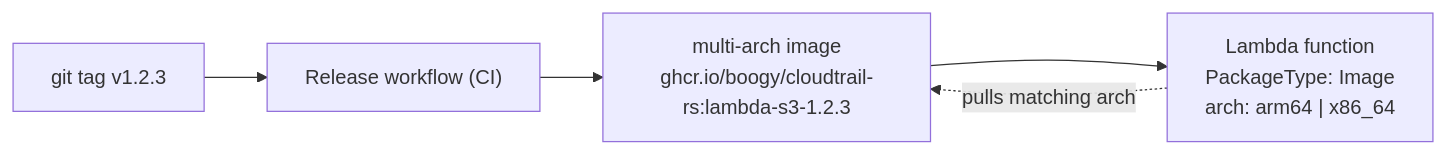
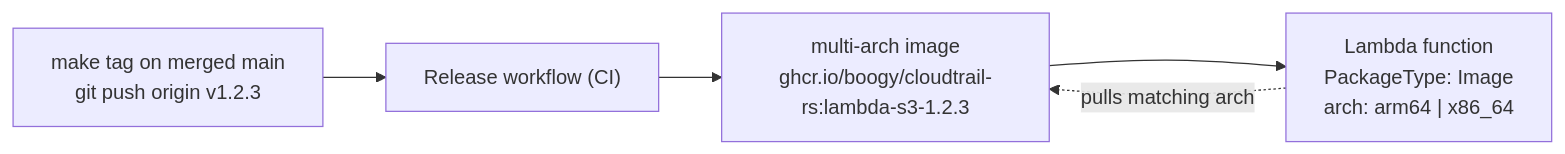
The second of 3 diagrams in docs/deployment.md (boogy/cloudtrail-rs), drawn with Mermaid before and after one commit. The commit also changed 6 other files, not shown here.

````diff
--- a/docs/deployment.md
+++ b/docs/deployment.md
@@ -95,7 +95,7 @@
 ```mermaid
 flowchart LR
-    TAG["git tag v1.2.3"] --> GR["Release workflow (CI)"]
+    TAG["make tag on merged main<br/>git push origin v1.2.3"] --> GR["Release workflow (CI)"]
     GR --> IMG["multi-arch image<br/>ghcr.io/boogy/cloudtrail-rs:lambda-s3-1.2.3"]
     IMG --> FN["Lambda function<br/>PackageType: Image<br/>arch: arm64 | x86_64"]
     FN -.pulls matching arch.-> IMG
 ```
````
